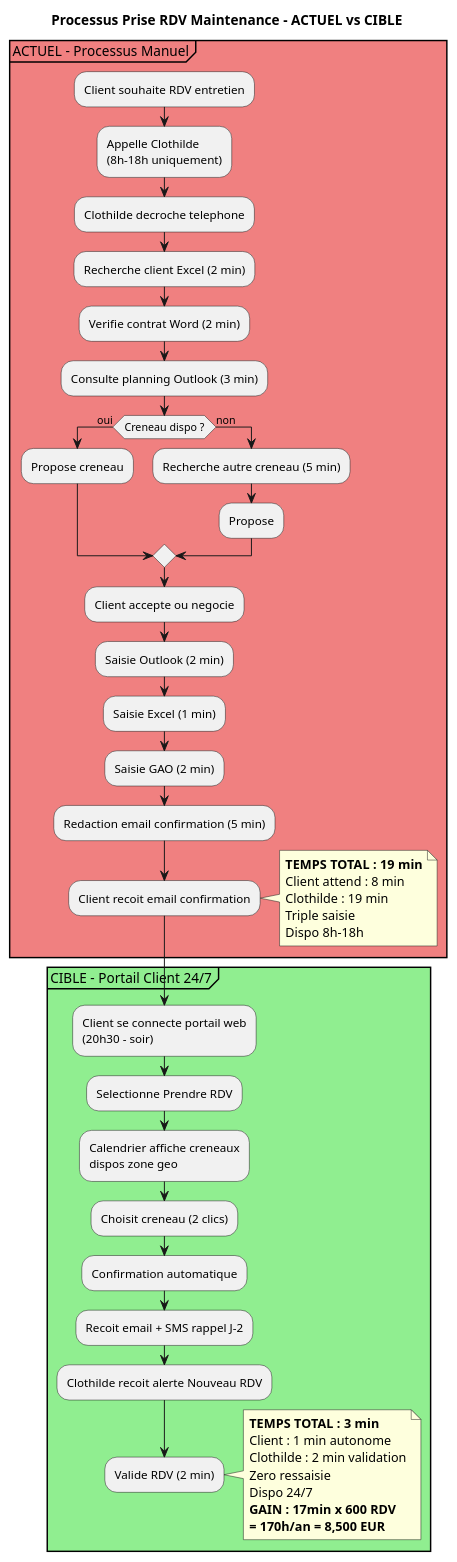
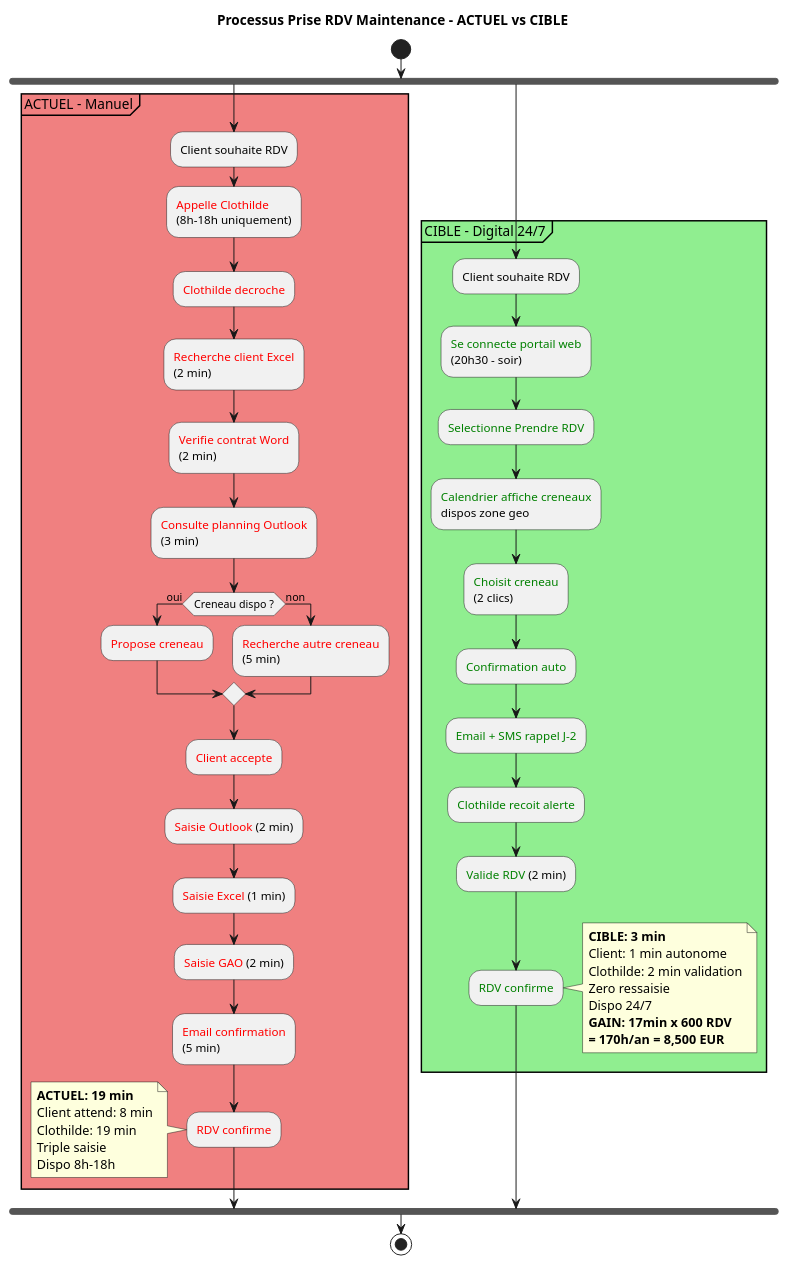
The diagram in Maintenance-Technique/uml/02_activity_prise_rdv.puml (JordanSerafini/Audit_Duret), drawn with PlantUML before and after one commit. The commit also changed 1 other file, not shown here.

```diff
--- a/Maintenance-Technique/uml/02_activity_prise_rdv.puml
+++ b/Maintenance-Technique/uml/02_activity_prise_rdv.puml
@@ -1,57 +1,64 @@
 @startuml Activity_Prise_RDV
 
 title Processus Prise RDV Maintenance - ACTUEL vs CIBLE
 
-partition "ACTUEL - Processus Manuel" #LightCoral {
-  :Client souhaite RDV entretien;
-  :Appelle Clothilde\n(8h-18h uniquement);
-  :Clothilde decroche telephone;
-  :Recherche client Excel (2 min);
-  :Verifie contrat Word (2 min);
-  :Consulte planning Outlook (3 min);
+start
 
-  if (Creneau dispo ?) then (oui)
-    :Propose creneau;
-  else (non)
-    :Recherche autre creneau (5 min);
-    :Propose;
-  endif
+fork
+  partition "ACTUEL - Manuel" #LightCoral {
+    :Client souhaite RDV;
+    :<color:red>Appelle Clothilde</color>\n(8h-18h uniquement);
+    :<color:red>Clothilde decroche</color>;
+    :<color:red>Recherche client Excel</color>\n(2 min);
+    :<color:red>Verifie contrat Word</color>\n(2 min);
+    :<color:red>Consulte planning Outlook</color>\n(3 min);
 
-  :Client accepte ou negocie;
-  :Saisie Outlook (2 min);
-  :Saisie Excel (1 min);
-  :Saisie GAO (2 min);
-  :Redaction email confirmation (5 min);
-  :Client recoit email confirmation;
+    if (Creneau dispo ?) then (oui)
+      :<color:red>Propose creneau</color>;
+    else (non)
+      :<color:red>Recherche autre creneau</color>\n(5 min);
+    endif
 
-  note right
-    **TEMPS TOTAL : 19 min**
-    Client attend : 8 min
-    Clothilde : 19 min
-    Triple saisie
-    Dispo 8h-18h
-  end note
-}
+    :<color:red>Client accepte</color>;
+    :<color:red>Saisie Outlook</color> (2 min);
+    :<color:red>Saisie Excel</color> (1 min);
+    :<color:red>Saisie GAO</color> (2 min);
+    :<color:red>Email confirmation</color>\n(5 min);
+    :<color:red>RDV confirme</color>;
 
-partition "CIBLE - Portail Client 24/7" #LightGreen {
-  :Client se connecte portail web\n(20h30 - soir);
-  :Selectionne Prendre RDV;
-  :Calendrier affiche creneaux\ndispos zone geo;
-  :Choisit creneau (2 clics);
-  :Confirmation automatique;
-  :Recoit email + SMS rappel J-2;
-  :Clothilde recoit alerte Nouveau RDV;
-  :Valide RDV (2 min);
+    note left
+      **ACTUEL: 19 min**
+      Client attend: 8 min
+      Clothilde: 19 min
+      Triple saisie
+      Dispo 8h-18h
+    end note
+  }
+fork again
+  partition "CIBLE - Digital 24/7" #LightGreen {
+    :Client souhaite RDV;
+    :<color:green>Se connecte portail web</color>\n(20h30 - soir);
+    :<color:green>Selectionne Prendre RDV</color>;
+    :<color:green>Calendrier affiche creneaux</color>\ndispos zone geo;
+    :<color:green>Choisit creneau</color>\n(2 clics);
+    :<color:green>Confirmation auto</color>;
+    :<color:green>Email + SMS rappel J-2</color>;
+    :<color:green>Clothilde recoit alerte</color>;
+    :<color:green>Valide RDV</color> (2 min);
+    :<color:green>RDV confirme</color>;
 
-  note right
-    **TEMPS TOTAL : 3 min**
-    Client : 1 min autonome
-    Clothilde : 2 min validation
-    Zero ressaisie
-    Dispo 24/7
-    **GAIN : 17min x 600 RDV**
-    **= 170h/an = 8,500 EUR**
-  end note
-}
+    note right
+      **CIBLE: 3 min**
+      Client: 1 min autonome
+      Clothilde: 2 min validation
+      Zero ressaisie
+      Dispo 24/7
+      **GAIN: 17min x 600 RDV**
+      **= 170h/an = 8,500 EUR**
+    end note
+  }
+end fork
+
+stop
 
 @enduml
```
